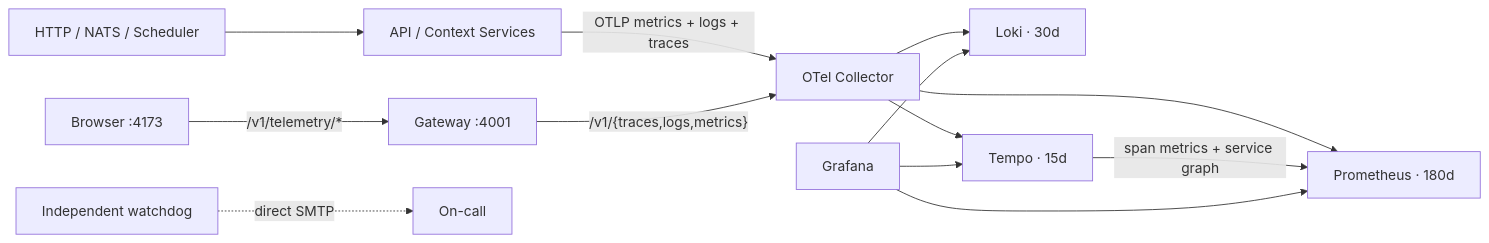
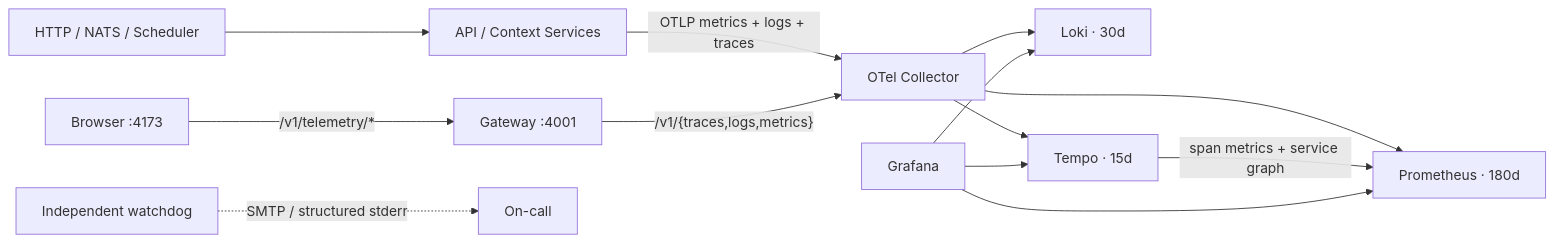
The first of 2 diagrams in infra/observability/README.md (r4ai/news-podcast), drawn with Mermaid before and after one commit. The commit also changed other lines of this file and 135 other files, not shown here.

````diff
--- a/infra/observability/README.md
+++ b/infra/observability/README.md
@@ -5,15 +5,15 @@
 ```mermaid
 flowchart LR
   Entry["HTTP / NATS / Scheduler"] --> App["API / Context Services"]
   App -->|"OTLP metrics + logs + traces"| Collector["OTel Collector"]
   Browser["Browser :4173"] -->|"/v1/telemetry/*"| Gateway["Gateway :4001"]
   Gateway -->|"/v1/{traces,logs,metrics}"| Collector
   Collector --> Prometheus["Prometheus · 180d"]
   Collector --> Loki["Loki · 30d"]
   Collector --> Tempo["Tempo · 15d"]
   Tempo -->|"span metrics + service graph"| Prometheus
   Grafana["Grafana"] --> Prometheus
   Grafana --> Loki
   Grafana --> Tempo
-  Watchdog["Independent watchdog"] -. "direct SMTP" .-> OnCall["On-call"]
+  Watchdog["Independent watchdog"] -. "SMTP / structured stderr" .-> OnCall["On-call"]
 ```
````
